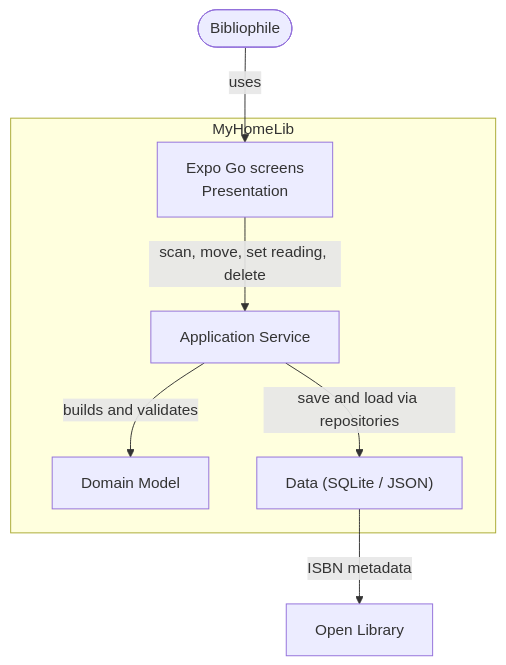
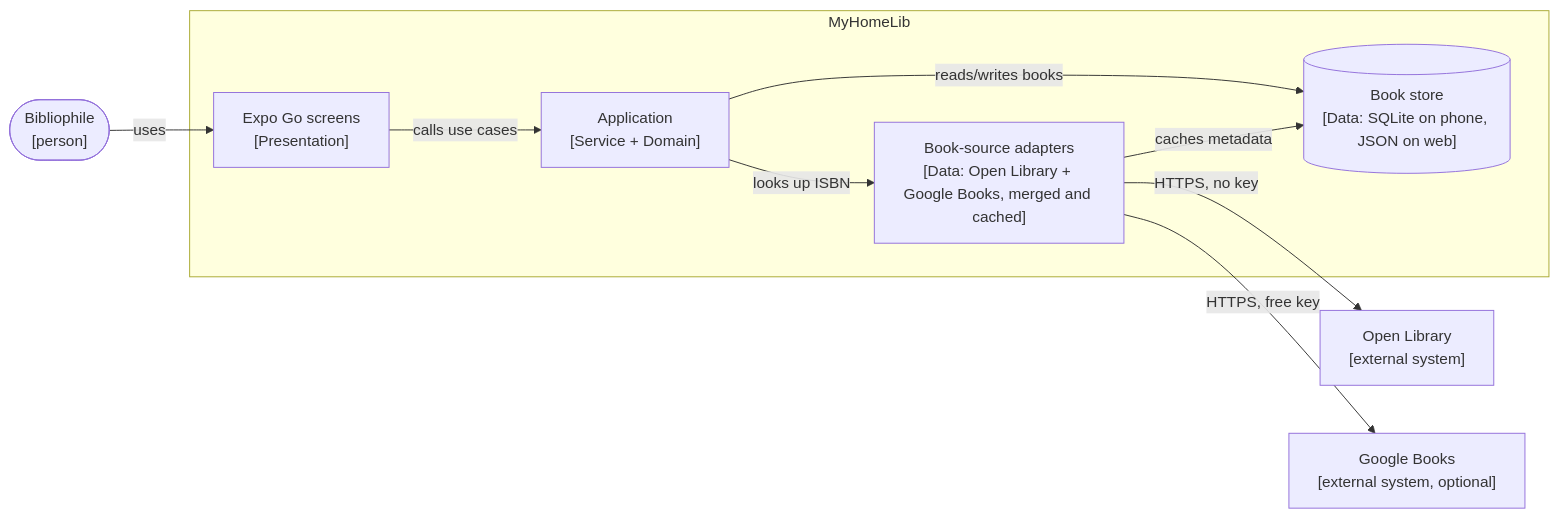
One commit to ghechavarria/cen5064-project-hechavarria changed the second of 6 diagrams in README.md. Above: the diagram before and after it, drawn with Mermaid. The commit also changed other lines of this file and 207 other files, not shown here.

First line of the commit message:
Midterm build: exact-edition lookup, class-based refactor, design system, and SDD v1.0

````diff
--- a/README.md
+++ b/README.md
@@ -48,14 +62,16 @@
 ```mermaid
-flowchart TB
-    user([Bibliophile]) -->|uses| ui
+flowchart LR
+    user(["Bibliophile<br/>[person]"]) -->|uses| ui
     subgraph MyHomeLib [MyHomeLib]
-        ui["Expo Go screens\nPresentation"]
-        service[Application Service]
-        domain[Domain Model]
-        data["Data (SQLite / JSON)"]
-        ui -->|scan, move, set reading, delete| service
-        service -->|builds and validates| domain
-        service -->|save and load via repositories| data
+        ui["Expo Go screens<br/>[Presentation]"]
+        app["Application<br/>[Service + Domain]"]
+        db[("Book store<br/>[Data: SQLite on phone, JSON on web]")]
+        lookup["Book-source adapters<br/>[Data: Open Library + Google Books, merged and cached]"]
+        ui -->|calls use cases| app
+        app -->|reads/writes books| db
+        app -->|looks up ISBN| lookup
+        lookup -->|caches metadata| db
     end
-    data -->|ISBN metadata| isbnApi[Open Library]
+    lookup -->|HTTPS, no key| openLibrary["Open Library<br/>[external system]"]
+    lookup -->|HTTPS, free key| google["Google Books<br/>[external system, optional]"]
 ```
````
